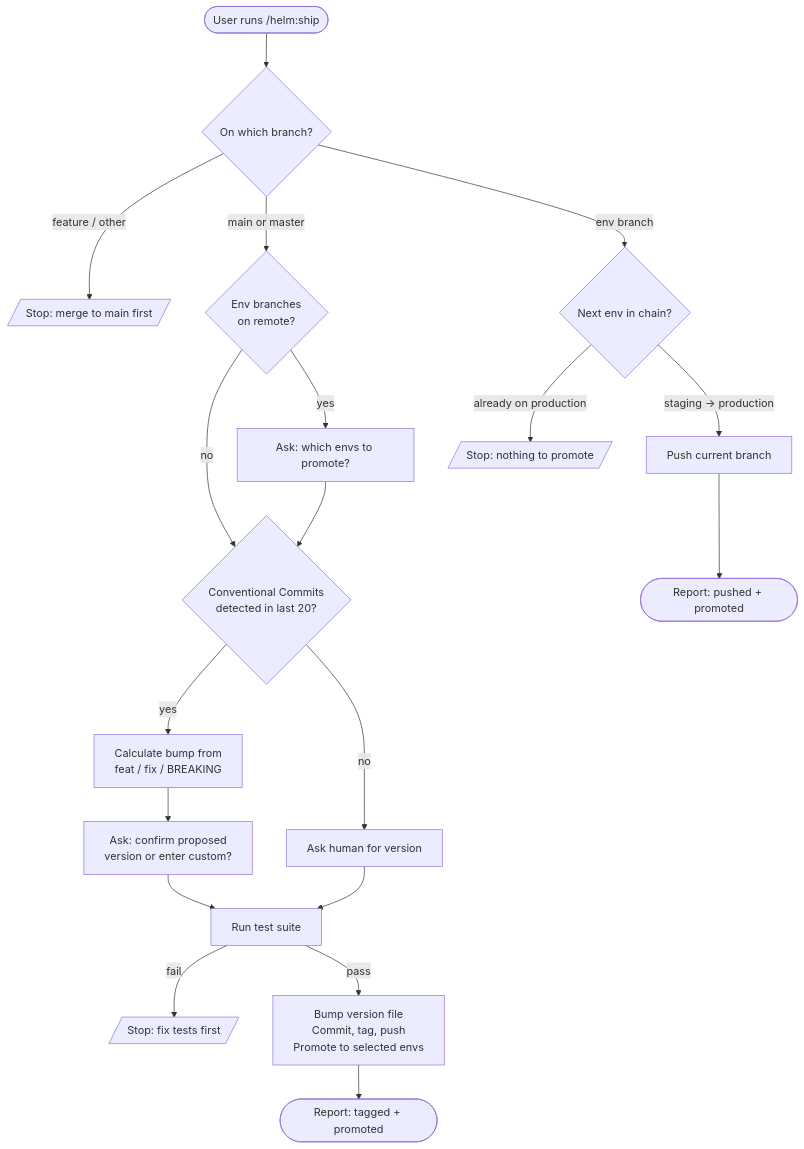
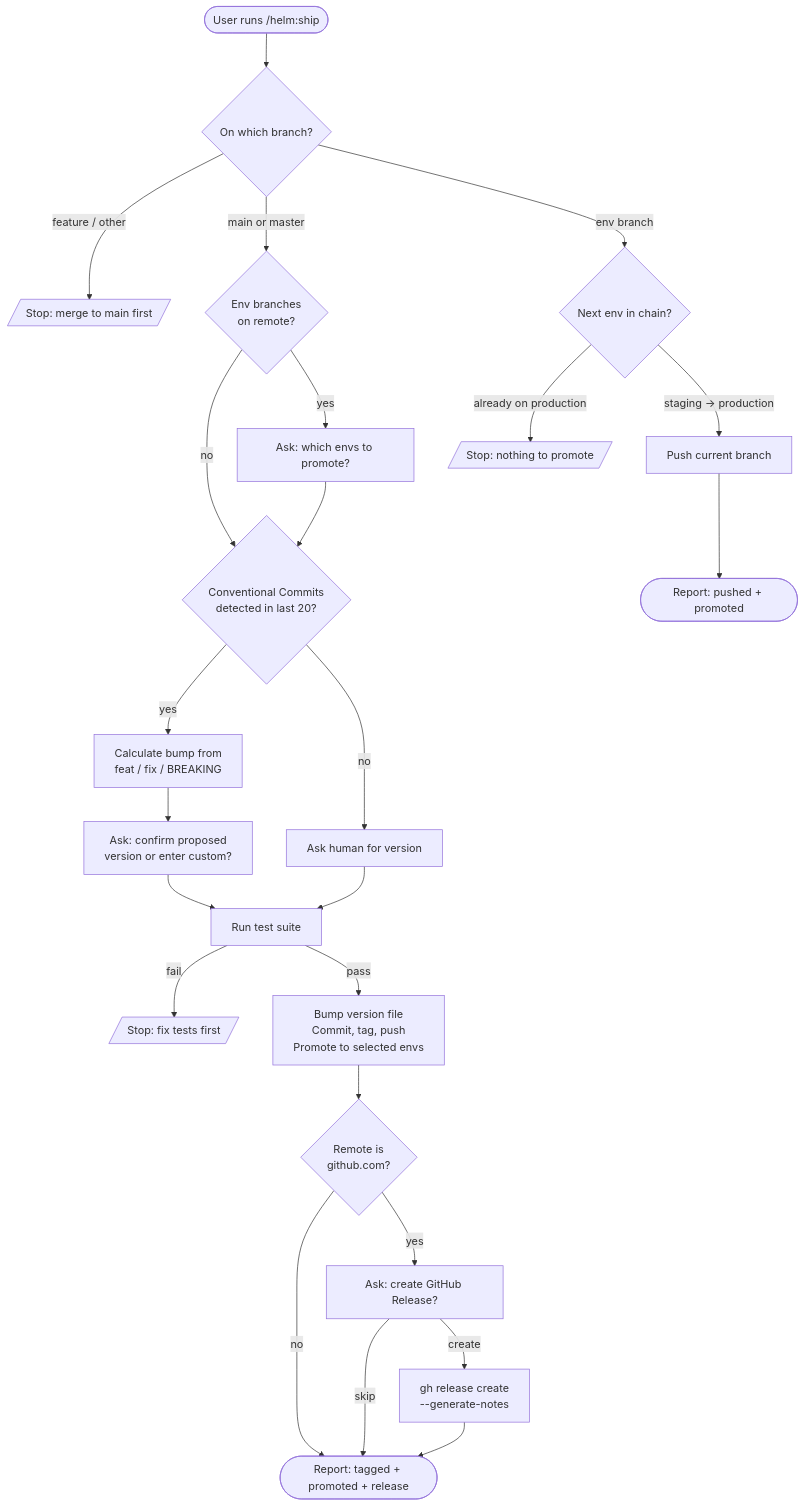
Before and after one commit to myowinthein/agent-helm: the diagram in docs/commands/ship.md, drawn with Mermaid. The commit also changed other lines of this file and 2 other files, not shown here.

Commit message:
feat(ship): add GitHub Release creation after tag push

````diff
--- a/docs/commands/ship.md
+++ b/docs/commands/ship.md
@@ -7,25 +7,30 @@
 ```mermaid
 flowchart TD
   Start([User runs /helm:ship]) --> Branch{On which branch?}
   Branch -->|feature / other| FeatStop[/Stop: merge to main first/]
   Branch -->|main or master| Targets{Env branches<br/>on remote?}
   Branch -->|env branch| EnvNext{Next env in chain?}
 
   Targets -->|yes| Pick[Ask: which envs to promote?]
   Targets -->|no| CC
   Pick --> CC{Conventional Commits<br/>detected in last 20?}
 
   CC -->|yes| Calc[Calculate bump from<br/>feat / fix / BREAKING]
   CC -->|no| AskVersion[Ask human for version]
   Calc --> Confirm[Ask: confirm proposed<br/>version or enter custom?]
   Confirm --> Tests
   AskVersion --> Tests
 
   Tests[Run test suite] -->|fail| TestStop[/Stop: fix tests first/]
   Tests -->|pass| Release[Bump version file<br/>Commit, tag, push<br/>Promote to selected envs]
-  Release --> MainDone([Report: tagged + promoted])
+  Release --> GHCheck{Remote is<br/>github.com?}
+  GHCheck -->|no| MainDone
+  GHCheck -->|yes| GHConfirm[Ask: create GitHub Release?]
+  GHConfirm -->|skip| MainDone
+  GHConfirm -->|create| GHRelease[gh release create<br/>--generate-notes]
+  GHRelease --> MainDone([Report: tagged + promoted + release])
 
   EnvNext -->|staging → production| EnvPush[Push current branch]
   EnvNext -->|already on production| EnvStop[/Stop: nothing to promote/]
   EnvPush --> EnvDone([Report: pushed + promoted])
 ```
````
